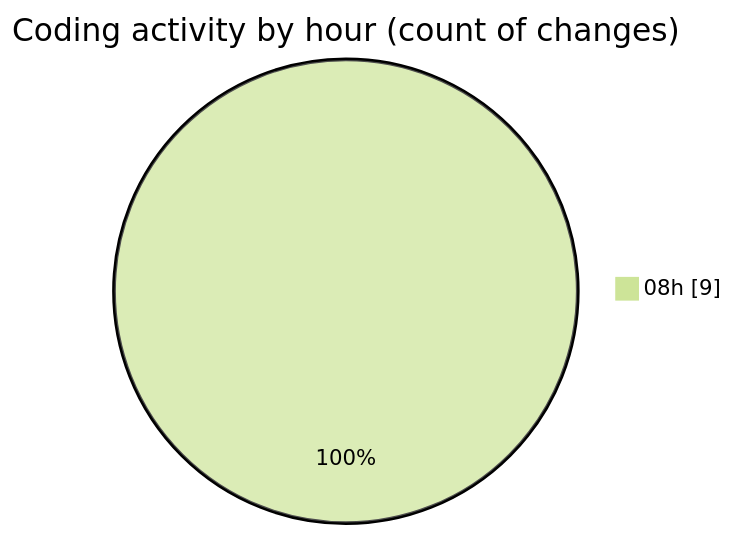
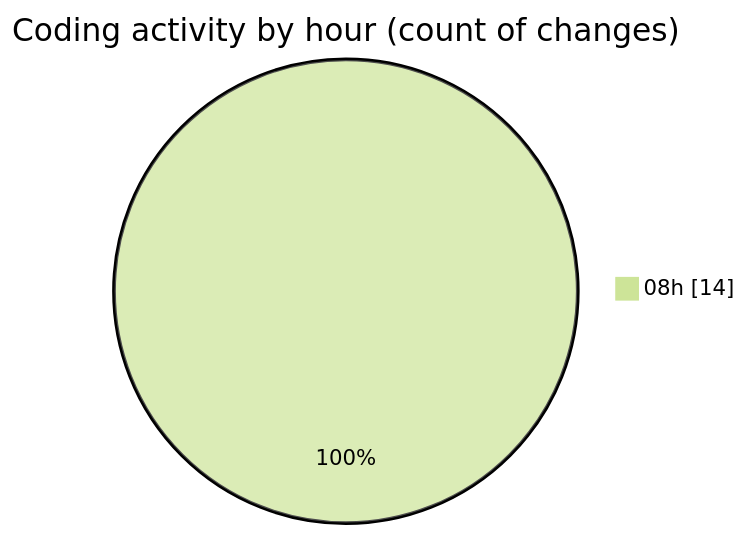
The second of 2 diagrams in 2025-03-12/cda/README.md (momahboobian/code-tracking), drawn with Mermaid (forest theme) before and after one commit. The commit also changed other lines of this file and 1 other file, not shown here.

````diff
--- a/2025-03-12/cda/README.md
+++ b/2025-03-12/cda/README.md
@@ -32,5 +32,5 @@
 ```mermaid
 pie showData
 title Coding activity by hour (count of changes)
-"08h" : 9
+"08h" : 14
 ```
````
